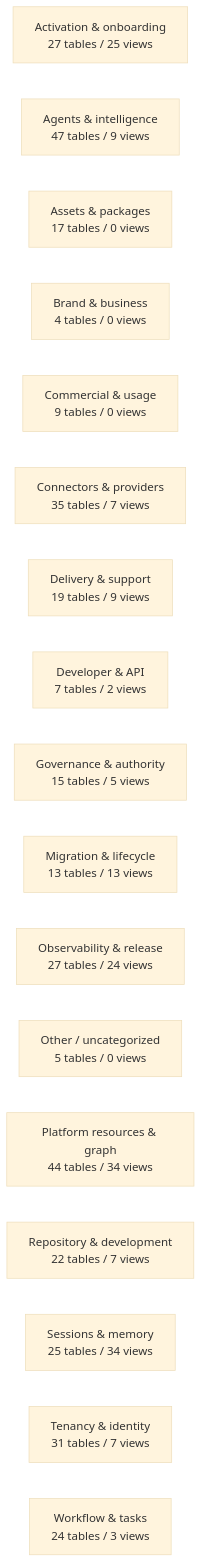
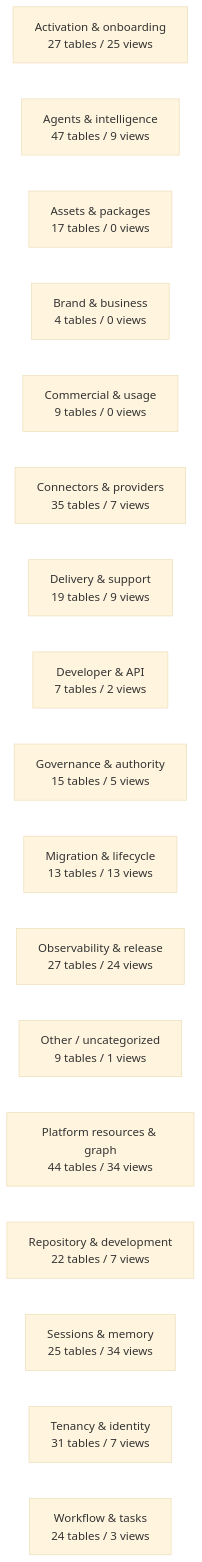
One commit to mad4bdigital-ai/multi-business-multi-role-growth-intelligence-os changed the diagram in docs/work-maps/data-model-domain-map.md. Above: the diagram before and after it, drawn with Mermaid (base theme). The commit also changed other lines of this file and 5 other files, not shown here.

````diff
--- a/docs/work-maps/data-model-domain-map.md
+++ b/docs/work-maps/data-model-domain-map.md
@@ -9,20 +9,20 @@
 ```mermaid
 flowchart LR
   n_Activation___onboarding["Activation & onboarding<br/>27 tables / 25 views"]
   n_Agents___intelligence["Agents & intelligence<br/>47 tables / 9 views"]
   n_Assets___packages["Assets & packages<br/>17 tables / 0 views"]
   n_Brand___business["Brand & business<br/>4 tables / 0 views"]
   n_Commercial___usage["Commercial & usage<br/>9 tables / 0 views"]
   n_Connectors___providers["Connectors & providers<br/>35 tables / 7 views"]
   n_Delivery___support["Delivery & support<br/>19 tables / 9 views"]
   n_Developer___API["Developer & API<br/>7 tables / 2 views"]
   n_Governance___authority["Governance & authority<br/>15 tables / 5 views"]
   n_Migration___lifecycle["Migration & lifecycle<br/>13 tables / 13 views"]
   n_Observability___release["Observability & release<br/>27 tables / 24 views"]
-  n_Other___uncategorized["Other / uncategorized<br/>5 tables / 0 views"]
+  n_Other___uncategorized["Other / uncategorized<br/>9 tables / 1 views"]
   n_Platform_resources___graph["Platform resources & graph<br/>44 tables / 34 views"]
   n_Repository___development["Repository & development<br/>22 tables / 7 views"]
   n_Sessions___memory["Sessions & memory<br/>25 tables / 34 views"]
   n_Tenancy___identity["Tenancy & identity<br/>31 tables / 7 views"]
   n_Workflow___tasks["Workflow & tasks<br/>24 tables / 3 views"]
 ```
````
